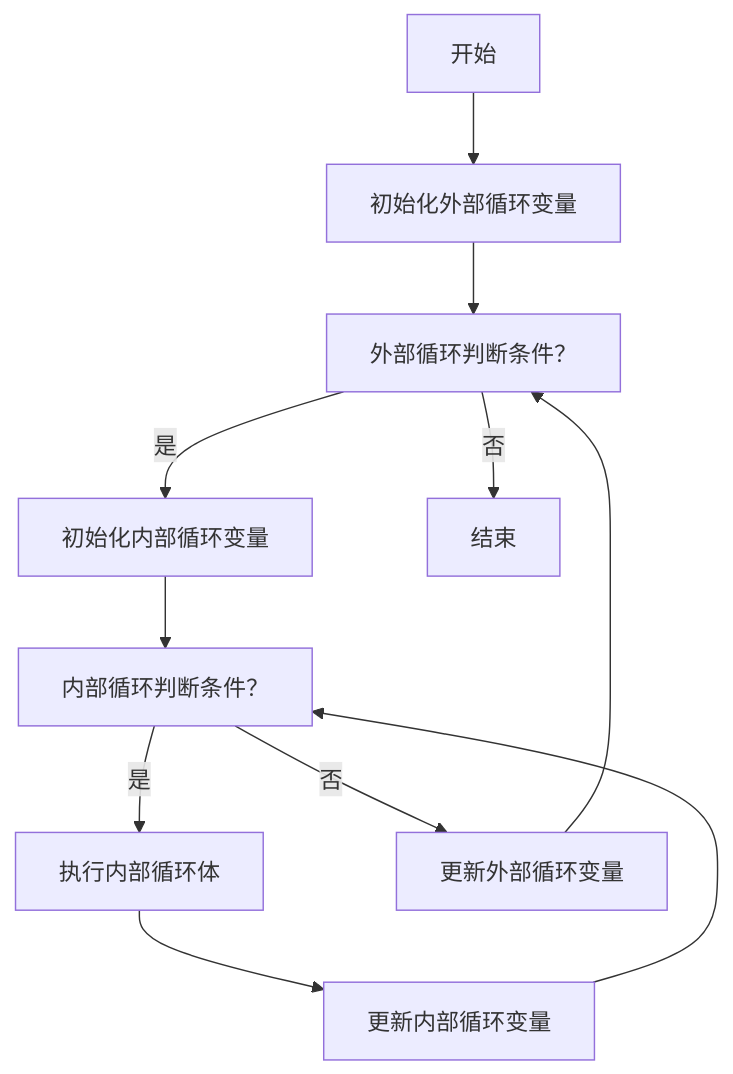
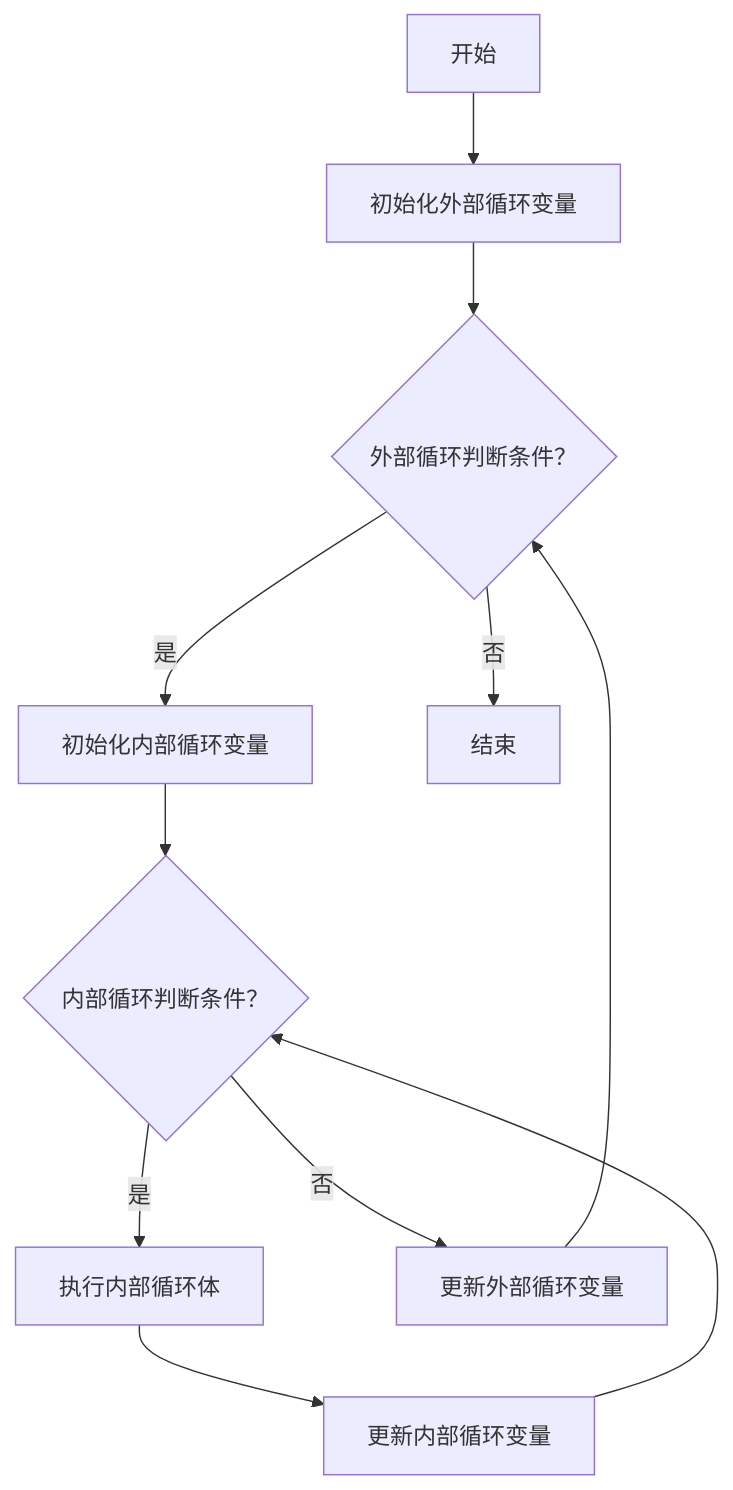
One commit to lihongzheshuai/lihongzheshuai.github.io changed the sixth of 7 diagrams in _posts/2024-12-14-gesp-2-exam-syllabus-flow-chart.md. Above: the diagram before and after it, drawn with Mermaid. The commit also changed other lines of this file and 1 other file, not shown here.

````diff
--- a/_posts/2024-12-14-gesp-2-exam-syllabus-flow-chart.md
+++ b/_posts/2024-12-14-gesp-2-exam-syllabus-flow-chart.md
@@ -151,13 +151,13 @@
 ```mermaid
 graph TD
     A[开始] --> B[初始化外部循环变量]
-    B --> C[外部循环判断条件？]
+    B --> C{外部循环判断条件？}
     C -- 是 --> D[初始化内部循环变量]
-    D --> E[内部循环判断条件？]
+    D --> E{内部循环判断条件？}
     E -- 是 --> F[执行内部循环体]
     F --> G[更新内部循环变量]
     G --> E
     E -- 否 --> H[更新外部循环变量]
     H --> C
     C -- 否 --> I[结束]
 ```
````
